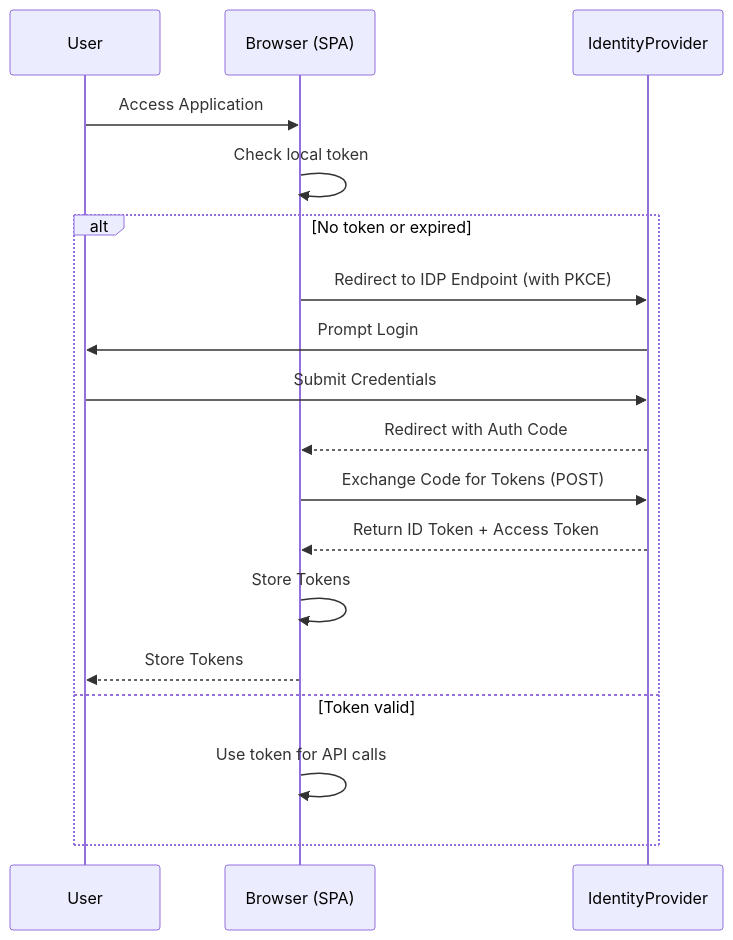
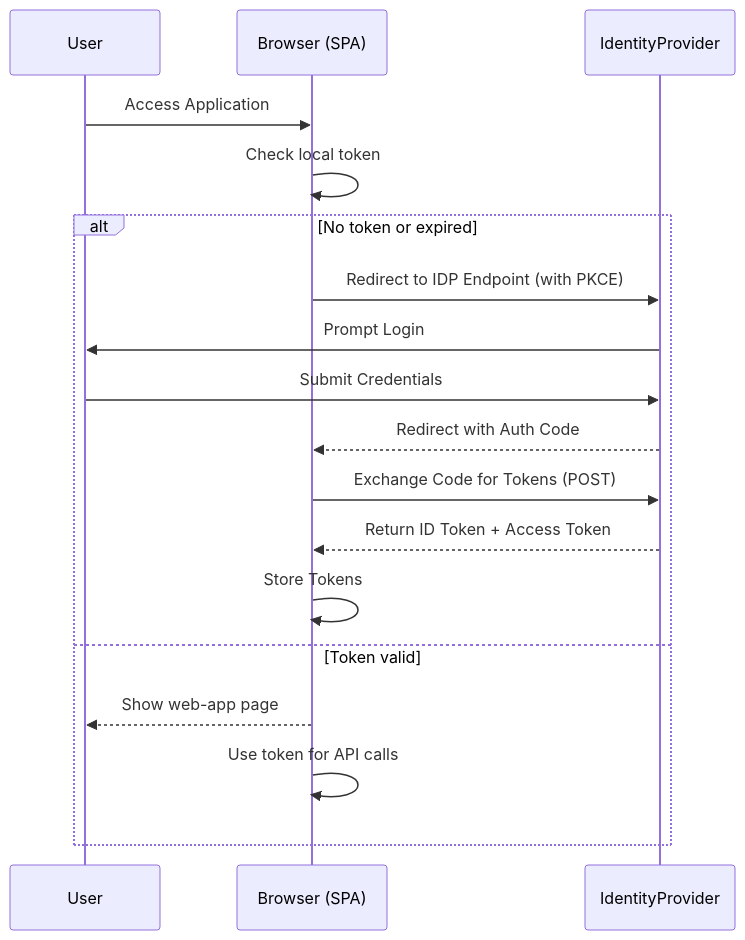
The diagram in assets/charts/spa-oidc.mermaid (konsbe/oidc-pkce-authentication), drawn with Mermaid before and after one commit. The commit also changed 4 other files, not shown here.

```diff
--- a/assets/charts/spa-oidc.mermaid
+++ b/assets/charts/spa-oidc.mermaid
@@ -1,19 +1,19 @@
 sequenceDiagram
     participant User
     participant Browser (SPA)
     participant IdentityProvider
 
     User->>Browser (SPA): Access Application
     Browser (SPA)->>Browser (SPA): Check local token
     alt No token or expired
         Browser (SPA)->>IdentityProvider: Redirect to IDP Endpoint (with PKCE)
         IdentityProvider->>User: Prompt Login
         User->>IdentityProvider: Submit Credentials
         IdentityProvider-->>Browser (SPA): Redirect with Auth Code
         Browser (SPA)->>IdentityProvider: Exchange Code for Tokens (POST)
         IdentityProvider-->>Browser (SPA): Return ID Token + Access Token
         Browser (SPA)->>Browser (SPA): Store Tokens
-        Browser (SPA)-->>User : Store Tokens
     else Token valid
+        Browser (SPA)-->>User : Show web-app page
         Browser (SPA)->>Browser (SPA): Use token for API calls
     end
```
